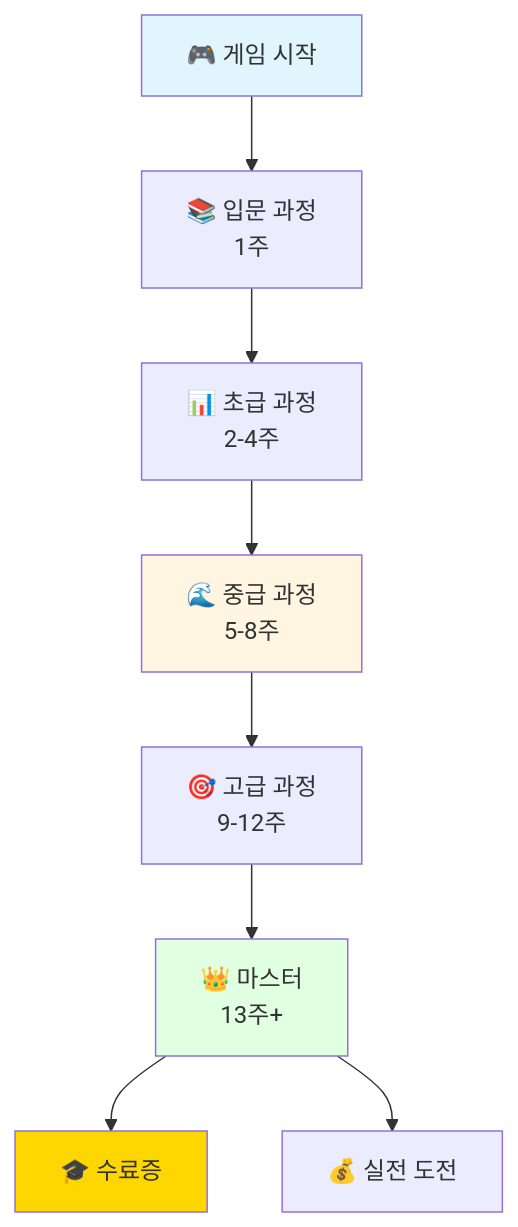
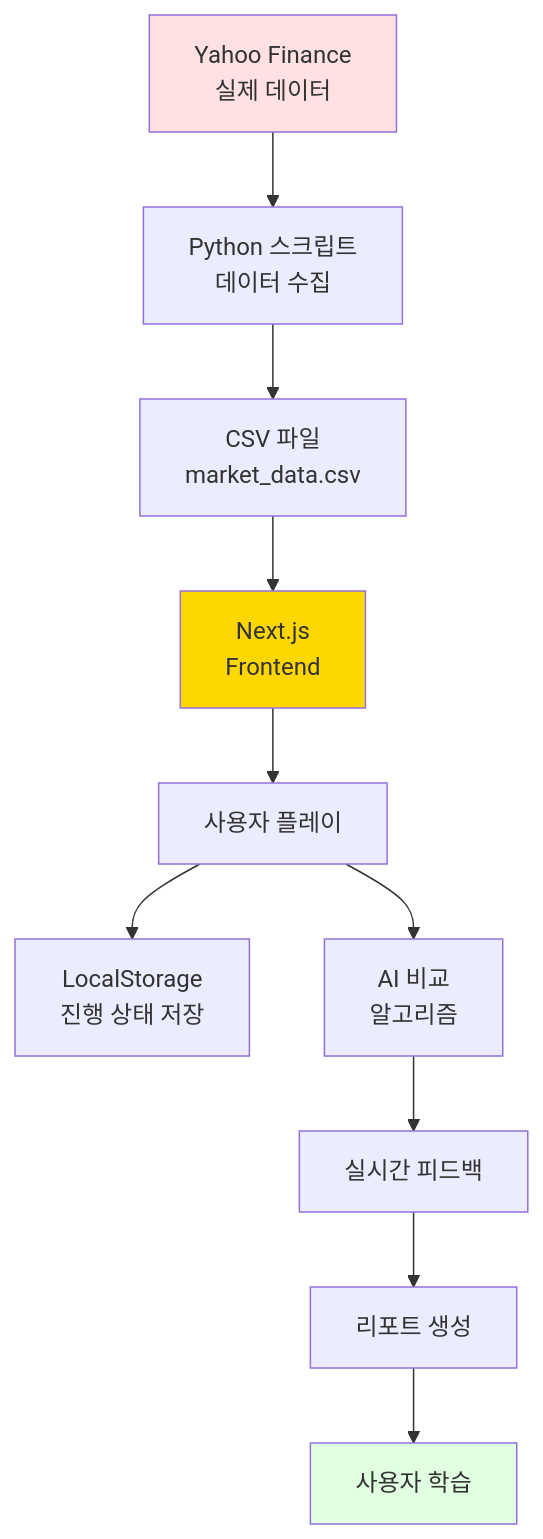
Before and after one commit to Collegenie-X/stock_simulation: the fifth of 5 diagrams in README.md, drawn with Mermaid. The commit also changed other lines of this file and 1 other file, not shown here.

````diff
--- a/README.md
+++ b/README.md
@@ -871,16 +1493,20 @@
 ```mermaid
-flowchart TD
-    A[🎮 게임 시작] --> B[📚 입문 과정<br/>1주]
-    B --> C[📊 초급 과정<br/>2-4주]
-    C --> D[🌊 중급 과정<br/>5-8주]
-    D --> E[🎯 고급 과정<br/>9-12주]
-    E --> F[👑 마스터<br/>13주+]
+flowchart TB
+    A[Yahoo Finance<br/>실제 데이터] --> B[Python 스크립트<br/>데이터 수집]
+    B --> C[CSV 파일<br/>market_data.csv]
     
-    F --> G[🎓 수료증]
-    F --> H[💰 실전 도전]
+    C --> D[Next.js<br/>Frontend]
+    D --> E[사용자 플레이]
     
-    style A fill:#e1f5ff
-    style D fill:#fff5e1
-    style F fill:#e1ffe1
-    style G fill:#ffd700
+    E --> F[LocalStorage<br/>진행 상태 저장]
+    E --> G[AI 비교<br/>알고리즘]
+    
+    G --> H[실시간 피드백]
+    H --> I[리포트 생성]
+    
+    I --> J[사용자 학습]
+    
+    style A fill:#ffe1e1
+    style D fill:#ffd700
+    style J fill:#e1ffe1
 ```
````
